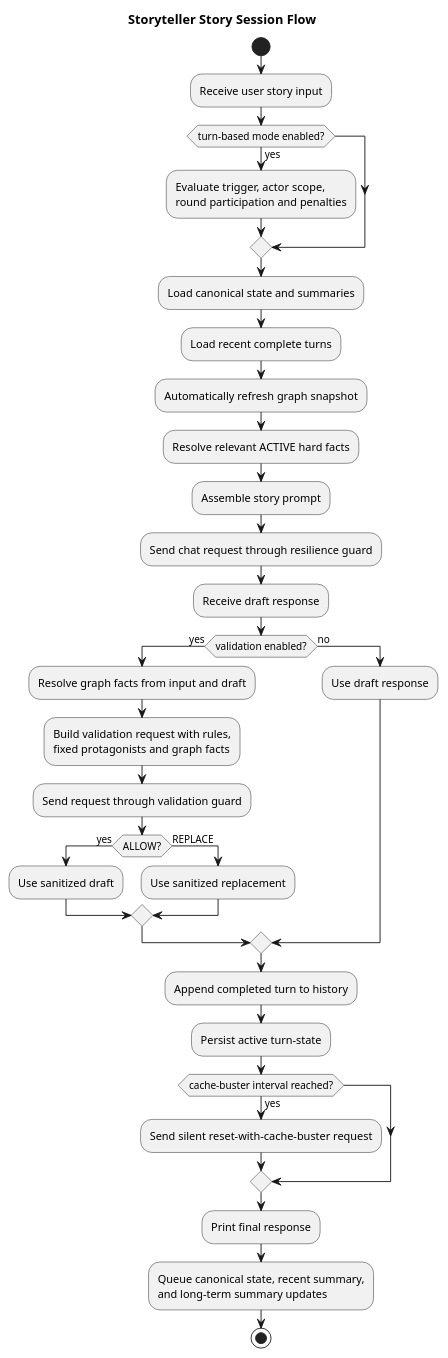
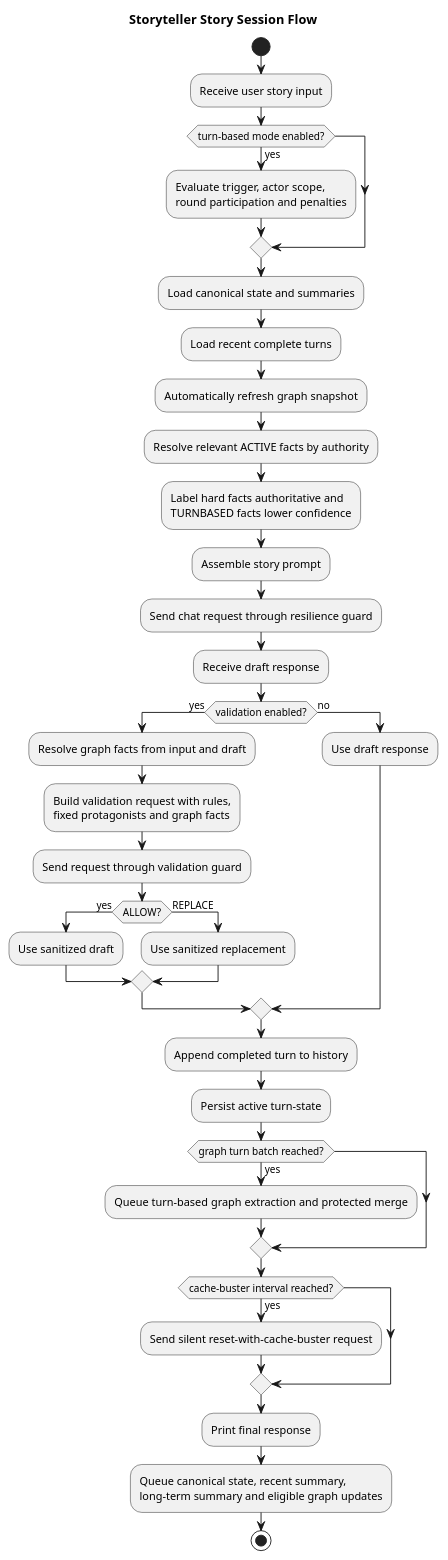
Before and after one commit to jbrugman/Assistant: the diagram in docs/architecture/02-d-storytelller-flow-design-storysession.puml, drawn with PlantUML. The commit also changed 39 other files, not shown here.

Commit message:
turn-based graph items

```diff
--- a/docs/architecture/02-d-storytelller-flow-design-storysession.puml
+++ b/docs/architecture/02-d-storytelller-flow-design-storysession.puml
@@ -1,43 +1,48 @@
 @startuml
 title Storyteller Story Session Flow
 
 start
 :Receive user story input;
 
 if (turn-based mode enabled?) then (yes)
   :Evaluate trigger, actor scope,
   round participation and penalties;
 endif
 
 :Load canonical state and summaries;
 :Load recent complete turns;
 :Automatically refresh graph snapshot;
-:Resolve relevant ACTIVE hard facts;
+:Resolve relevant ACTIVE facts by authority;
+:Label hard facts authoritative and
+TURNBASED facts lower confidence;
 :Assemble story prompt;
 :Send chat request through resilience guard;
 :Receive draft response;
 
 if (validation enabled?) then (yes)
   :Resolve graph facts from input and draft;
   :Build validation request with rules,
   fixed protagonists and graph facts;
   :Send request through validation guard;
   if (ALLOW?) then (yes)
     :Use sanitized draft;
   else (REPLACE)
     :Use sanitized replacement;
   endif
 else (no)
   :Use draft response;
 endif
 
 :Append completed turn to history;
 :Persist active turn-state;
+if (graph turn batch reached?) then (yes)
+  :Queue turn-based graph extraction and protected merge;
+endif
 if (cache-buster interval reached?) then (yes)
   :Send silent reset-with-cache-buster request;
 endif
 :Print final response;
 :Queue canonical state, recent summary,
-and long-term summary updates;
+long-term summary and eligible graph updates;
 stop
 @enduml
```
